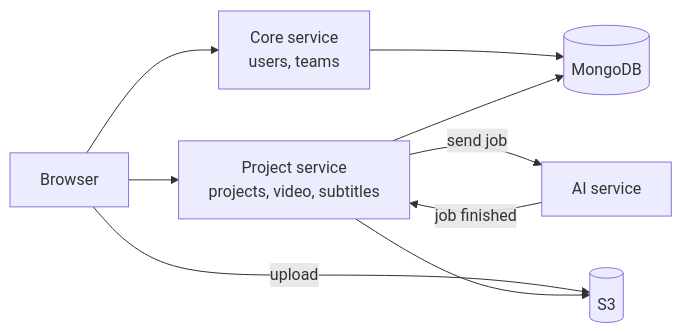
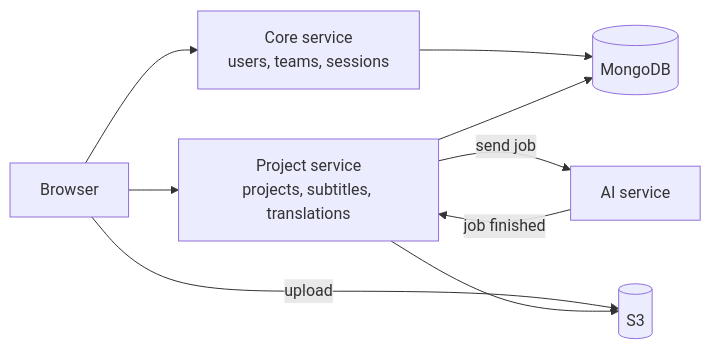
One commit to abinasn/abinasn.github.io changed the first of 5 diagrams in work/abs-cbn.mdx. Above: the diagram before and after it, drawn with Mermaid. The commit also changed other lines of this file, not shown here.

````diff
--- a/work/abs-cbn.mdx
+++ b/work/abs-cbn.mdx
@@ -32,11 +32,11 @@
 ```mermaid
 flowchart LR
-    UI["Browser"] --> CORE["Core service<br/>users, teams"]
-    UI --> PROJ["Project service<br/>projects, video, subtitles"]
+    UI["Browser"] --> CORE["Core service<br/>users, teams, sessions"]
+    UI --> PROJ["Project service<br/>projects, subtitles, translations"]
     UI -->|upload| S3[(S3)]
     PROJ -->|send job| AI["AI service"]
     AI -->|job finished| PROJ
     CORE --> DB[(MongoDB)]
     PROJ --> DB
     PROJ --> S3
 ```
````
